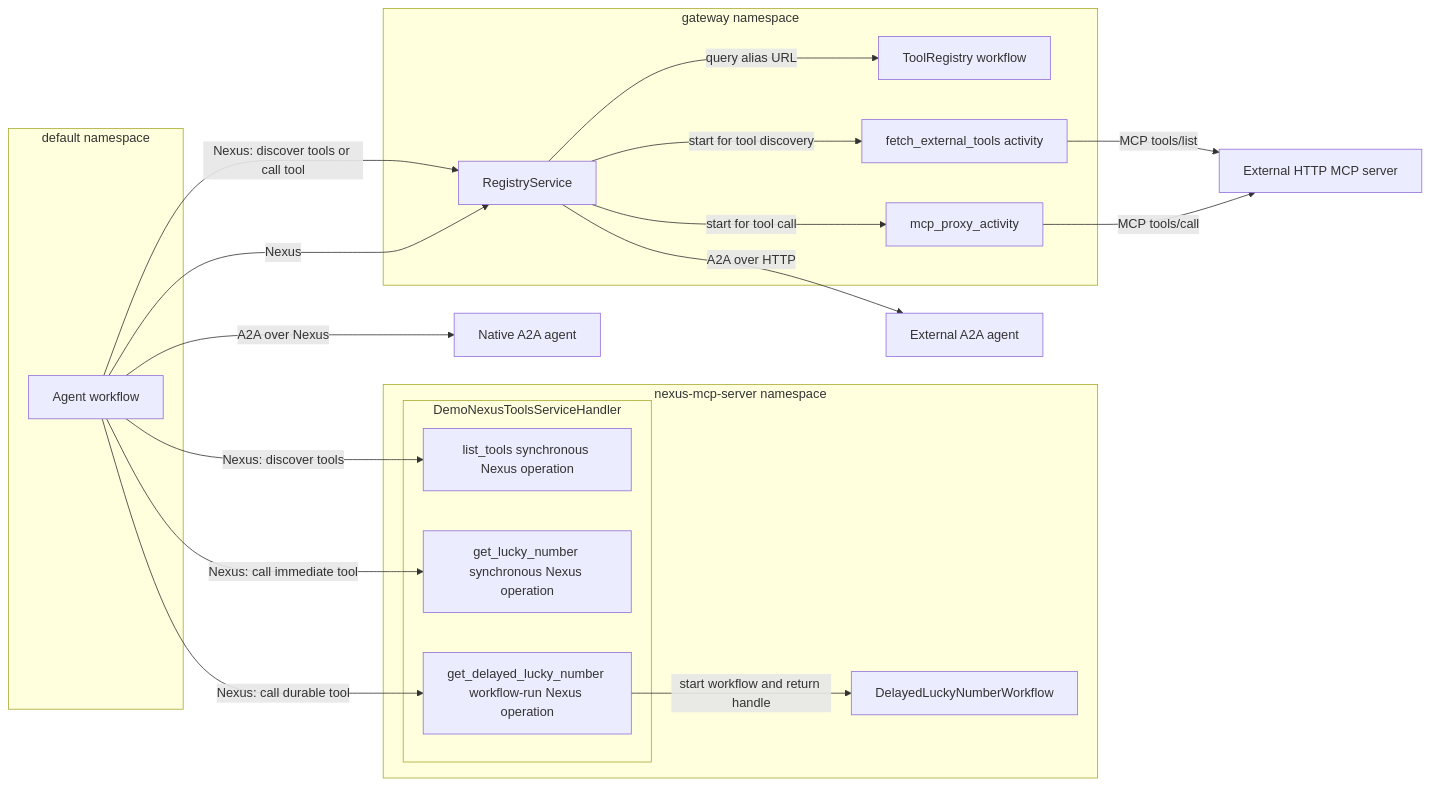
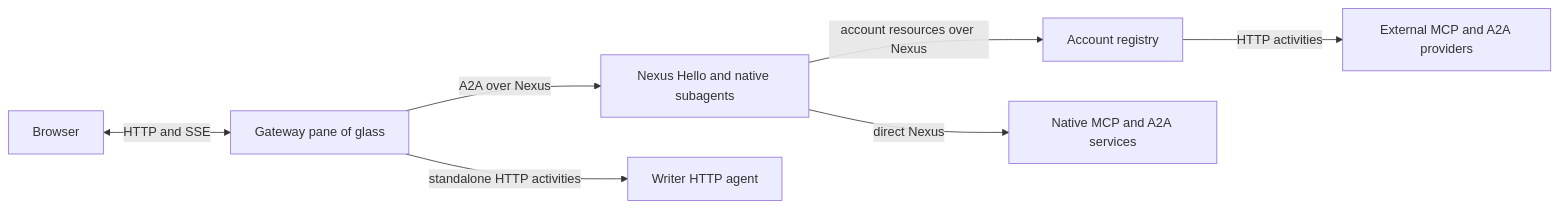
Before and after one commit to temporal-community/temporal-agent-harness: the eighth of 16 diagrams in examples/nexus_hello/README.md, drawn with Mermaid. The commit also changed other lines of this file and 5 other files, not shown here.

Commit message:
Showcase brokered account UI in Nexus Hello

````diff
--- a/examples/nexus_hello/README.md
+++ b/examples/nexus_hello/README.md
@@ -61,41 +328,9 @@
 ```mermaid
 flowchart LR
-    subgraph default_ns[default namespace]
-        agent[Agent workflow]
-    end
-
-    subgraph native_ns[nexus-mcp-server namespace]
-        subgraph native_service[DemoNexusToolsServiceHandler]
-            manifest[list_tools synchronous Nexus operation]
-            lucky[get_lucky_number synchronous Nexus operation]
-            delayed_op[get_delayed_lucky_number workflow-run Nexus operation]
-        end
-        delayed_workflow[DelayedLuckyNumberWorkflow]
-    end
-
-    subgraph gateway_ns[gateway namespace]
-        gateway[RegistryService]
-        registry[ToolRegistry workflow]
-        fetch[fetch_external_tools activity]
-        proxy[mcp_proxy_activity]
-    end
-
-    external[External HTTP MCP server]
-    native_agent[Native A2A agent]
-    external_agent[External A2A agent]
-
-    agent -->|Nexus: discover tools| manifest
-    agent -->|Nexus: call immediate tool| lucky
-    agent -->|Nexus: call durable tool| delayed_op
-    delayed_op -->|start workflow and return handle| delayed_workflow
-
-    agent -->|Nexus: discover tools or call tool| gateway
-    gateway -->|query alias URL| registry
-    gateway -->|start for tool discovery| fetch
-    gateway -->|start for tool call| proxy
-    fetch -->|MCP tools/list| external
-    proxy -->|MCP tools/call| external
-    agent -->|A2A over Nexus| native_agent
-    agent -->|Nexus| gateway
-    gateway -->|A2A over HTTP| external_agent
+    Browser[Browser] <-->|HTTP and SSE| Gateway[Gateway pane of glass]
+    Gateway -->|A2A over Nexus| NativeAgents[Nexus Hello and native subagents]
+    Gateway -->|standalone HTTP activities| ExternalAgent[Writer HTTP agent]
+    NativeAgents -->|account resources over Nexus| Registry[Account registry]
+    Registry -->|HTTP activities| ExternalTools[External MCP and A2A providers]
+    NativeAgents -->|direct Nexus| NativeTools[Native MCP and A2A services]
 ```
````
